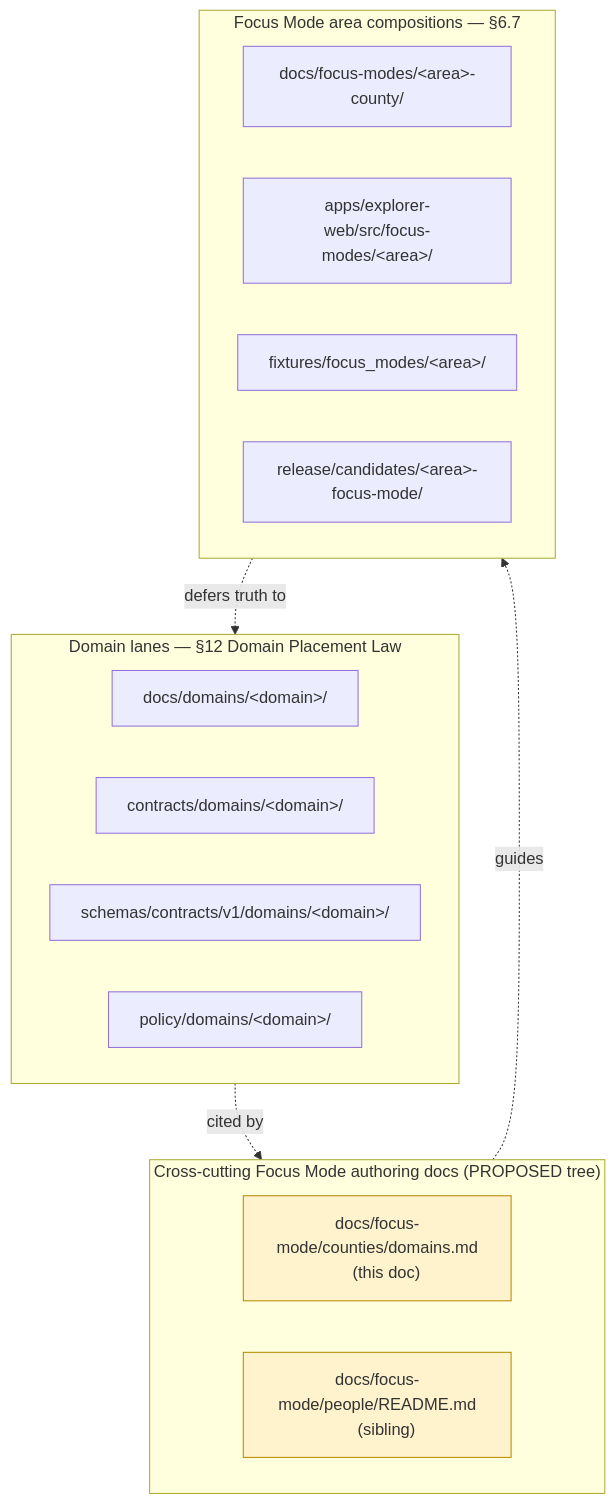
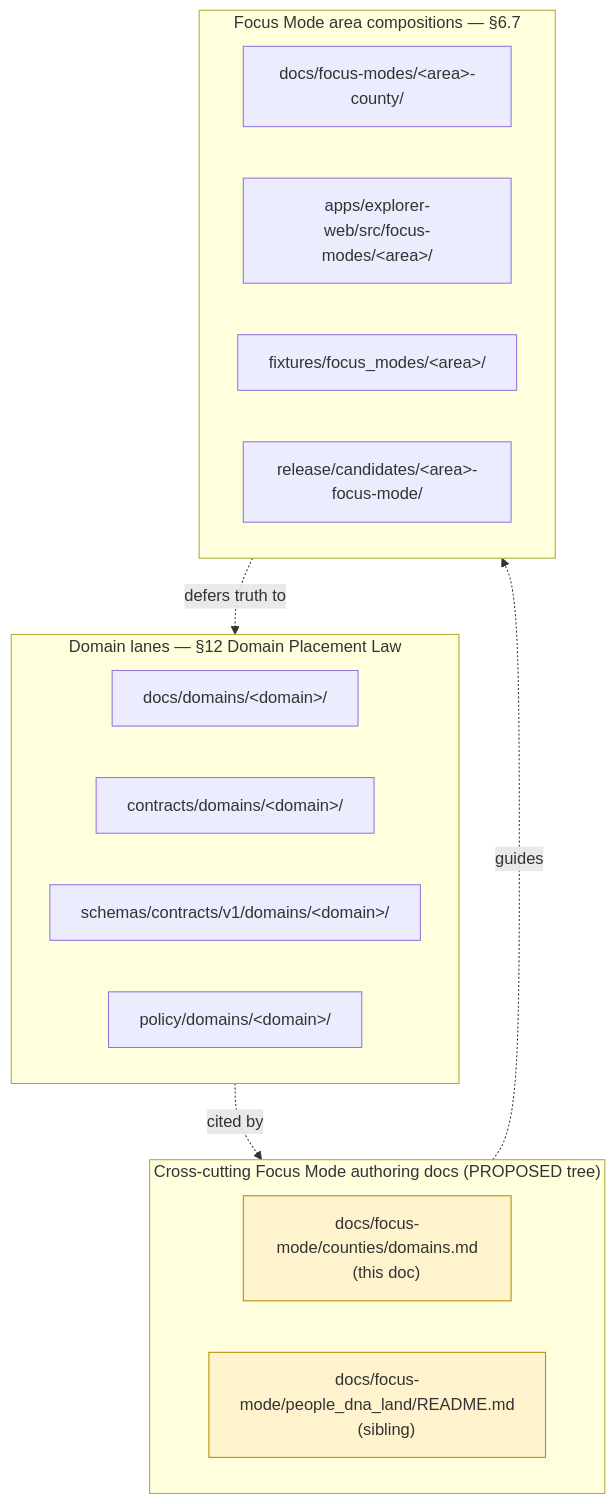
The first of 2 diagrams in docs/focus-mode/counties/domains.md (bartytime4life/Kansas-Frontier-Matrix), drawn with Mermaid before and after one commit. The commit also changed other lines of this file and 7 other files, not shown here.

````diff
--- a/docs/focus-mode/counties/domains.md
+++ b/docs/focus-mode/counties/domains.md
@@ -90,29 +90,29 @@
 ```mermaid
 flowchart TB
   subgraph DOMAINS["Domain lanes — §12 Domain Placement Law"]
     DD["docs/domains/&lt;domain&gt;/"]
     DC["contracts/domains/&lt;domain&gt;/"]
     DS["schemas/contracts/v1/domains/&lt;domain&gt;/"]
     DP["policy/domains/&lt;domain&gt;/"]
   end
 
   subgraph BRIDGE["Cross-cutting Focus Mode authoring docs (PROPOSED tree)"]
     BR1["docs/focus-mode/counties/domains.md
     (this doc)"]:::flag
-    BR2["docs/focus-mode/people/README.md
+    BR2["docs/focus-mode/people_dna_land/README.md
     (sibling)"]:::flag
   end
 
   subgraph FM["Focus Mode area compositions — §6.7"]
     FD["docs/focus-modes/&lt;area&gt;-county/"]
     FA["apps/explorer-web/src/focus-modes/&lt;area&gt;/"]
     FF["fixtures/focus_modes/&lt;area&gt;/"]
     FR["release/candidates/&lt;area&gt;-focus-mode/"]
   end
 
   DOMAINS -. cited by .-> BRIDGE
   BRIDGE -. guides .-> FM
   FM -. defers truth to .-> DOMAINS
 
   classDef flag fill:#fff3cd,stroke:#b58900,stroke-width:1px;
 ```
````
